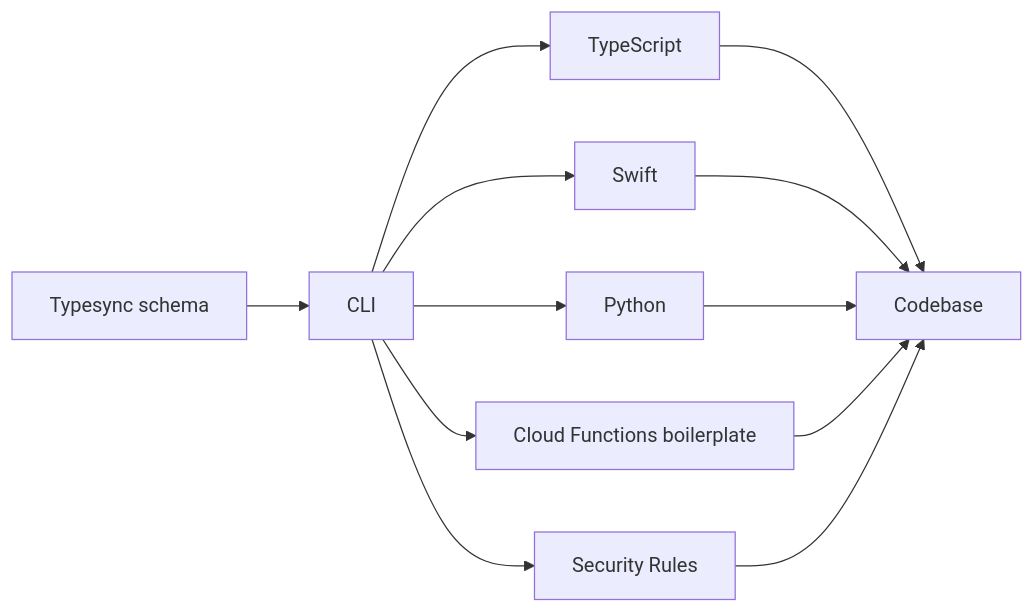
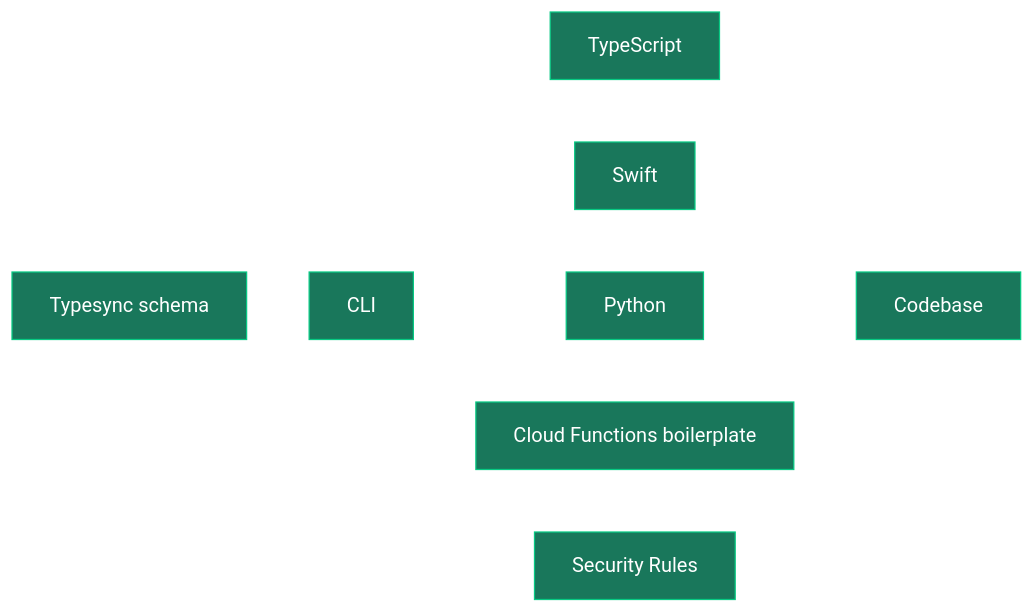
Before and after one commit to kafkas/mintlify-docs: the diagram in introduction.mdx, drawn with Mermaid.

Commit message:
Update colors

````diff
--- a/introduction.mdx
+++ b/introduction.mdx
@@ -7,15 +7,28 @@
 ```mermaid
+%%{
+  init: {
+    'theme': 'base',
+    'themeVariables': {
+      'primaryColor': '#19775B',
+      'primaryTextColor': '#fff',
+      'primaryBorderColor': '#07C983',
+      'lineColor': '#fff',
+      'secondaryColor': '#006100',
+      'tertiaryColor': '#fff'
+    }
+  }
+}%%
 graph LR;
     A[Typesync schema];
     A --> B[CLI];
     B --> C[TypeScript];
     B --> D[Swift];
     B --> E[Python];
     B --> F[Cloud Functions boilerplate];
     B --> G[Security Rules];
     C --> H[Codebase];
     D --> H;
     E --> H;
     F --> H;
     G --> H;
 ```
````
